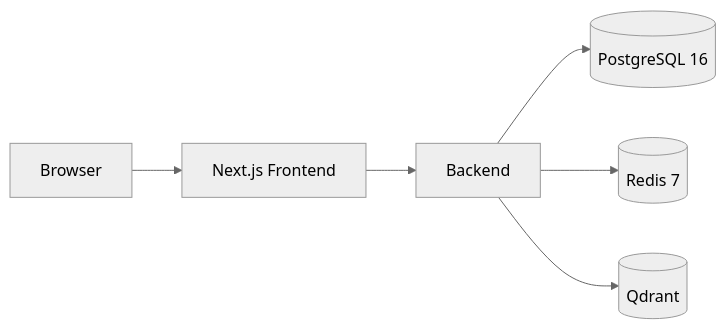
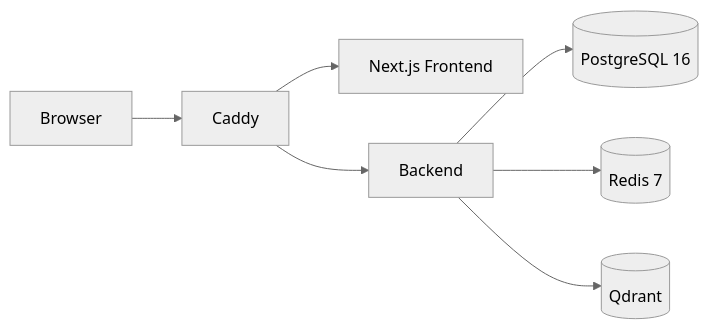
The first of 2 diagrams in docs/ARCHITECTURE.md (batty211/immigration-ai-office), drawn with Mermaid (neutral theme) before and after one commit. The commit also changed other lines of this file and 9 other files, not shown here.

Commit message:
fix(caddy): restore reverse proxy architecture

````diff
--- a/docs/ARCHITECTURE.md
+++ b/docs/ARCHITECTURE.md
@@ -13,8 +16,9 @@
 ```mermaid
 flowchart LR
-    Browser[Browser] --> Frontend[Next.js Frontend]
-    Frontend --> Backend
+    Browser[Browser] --> Caddy[Caddy]
+    Caddy --> Frontend[Next.js Frontend]
+    Caddy --> Backend
     Backend --> Postgres[(PostgreSQL 16)]
     Backend --> Redis[(Redis 7)]
     Backend --> Qdrant[(Qdrant)]
 ```
````
